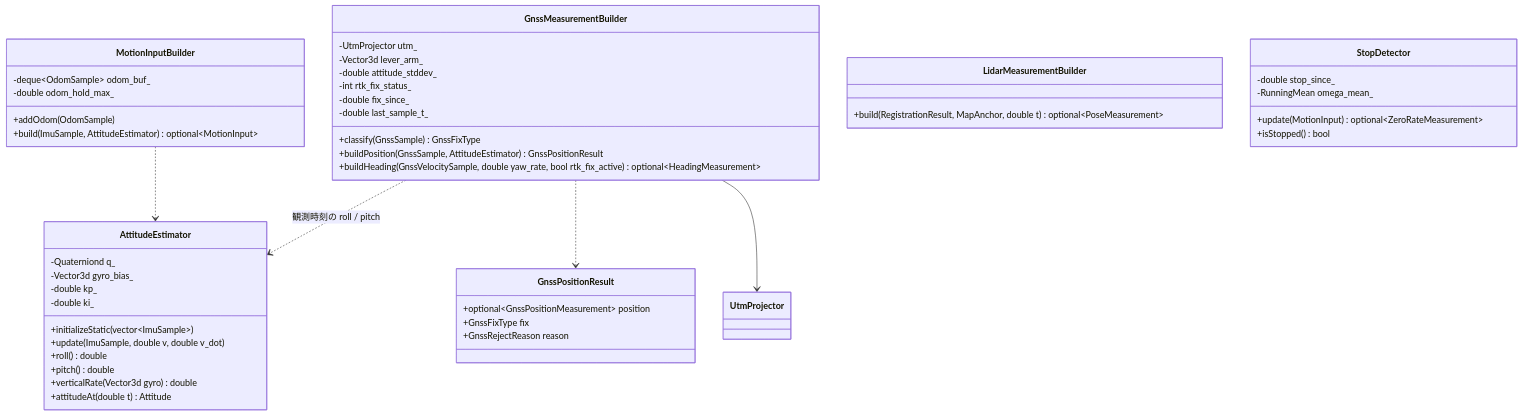
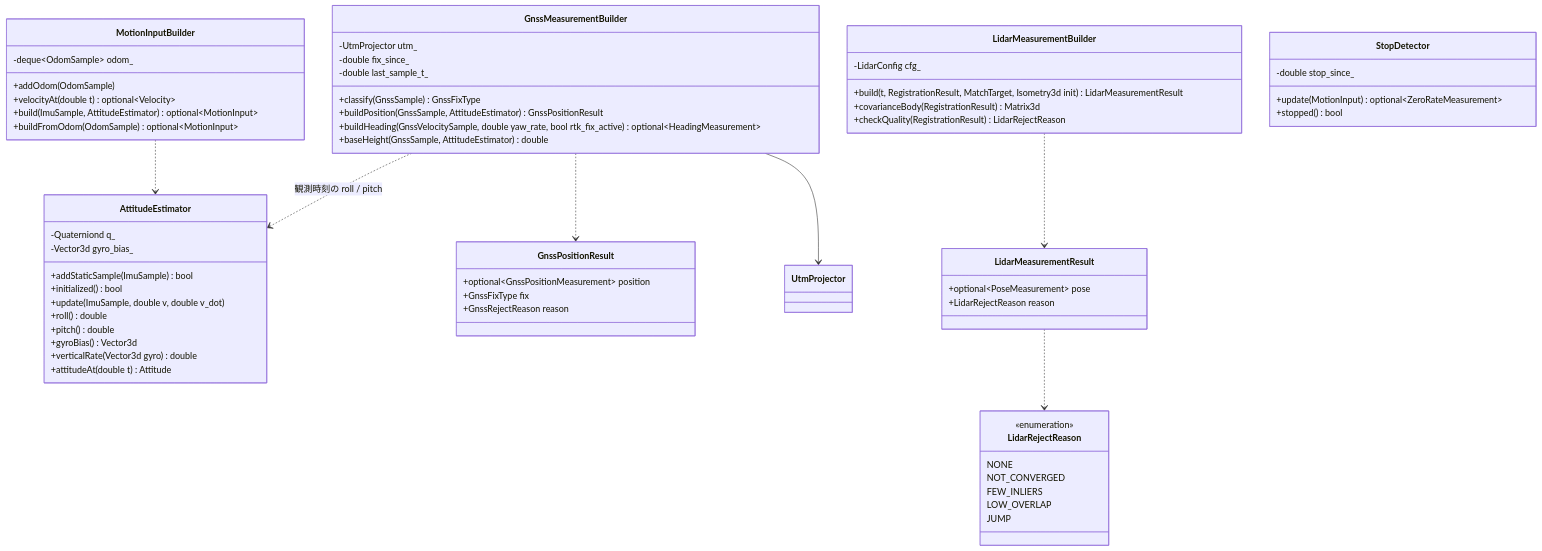
One commit to mamoru1126/gnss_and_lidar_localization changed the eighth of 15 diagrams in docs/architecture.md. Above: the diagram before and after it, drawn with Mermaid. The commit also changed other lines of this file and 12 other files, not shown here.

First line of the commit message:
feat: 地図上での初期化にタイムアウトを追加し、Phase 2 に合わせて文書を更新

````diff
--- a/docs/architecture.md
+++ b/docs/architecture.md
@@ -569,53 +681,68 @@
 ```mermaid
 classDiagram
 
   class AttitudeEstimator {
     -Quaterniond q_
     -Vector3d gyro_bias_
-    -double kp_
-    -double ki_
-    +initializeStatic(vector~ImuSample~)
+    +addStaticSample(ImuSample) bool
+    +initialized() bool
     +update(ImuSample, double v, double v_dot)
     +roll() double
     +pitch() double
+    +gyroBias() Vector3d
     +verticalRate(Vector3d gyro) double
     +attitudeAt(double t) Attitude
   }
   class MotionInputBuilder {
-    -deque~OdomSample~ odom_buf_
-    -double odom_hold_max_
+    -deque~OdomSample~ odom_
     +addOdom(OdomSample)
+    +velocityAt(double t) optional~Velocity~
     +build(ImuSample, AttitudeEstimator) optional~MotionInput~
+    +buildFromOdom(OdomSample) optional~MotionInput~
   }
   class GnssMeasurementBuilder {
     -UtmProjector utm_
-    -Vector3d lever_arm_
-    -double attitude_stddev_
-    -int rtk_fix_status_
     -double fix_since_
     -double last_sample_t_
     +classify(GnssSample) GnssFixType
     +buildPosition(GnssSample, AttitudeEstimator) GnssPositionResult
     +buildHeading(GnssVelocitySample, double yaw_rate, bool rtk_fix_active) optional~HeadingMeasurement~
+    +baseHeight(GnssSample, AttitudeEstimator) double
   }
   class GnssPositionResult {
     +optional~GnssPositionMeasurement~ position
     +GnssFixType fix
     +GnssRejectReason reason
   }
   class LidarMeasurementBuilder {
-    +build(RegistrationResult, MapAnchor, double t) optional~PoseMeasurement~
+    -LidarConfig cfg_
+    +build(t, RegistrationResult, MatchTarget, Isometry3d init) LidarMeasurementResult
+    +covarianceBody(RegistrationResult) Matrix3d
+    +checkQuality(RegistrationResult) LidarRejectReason
+  }
+  class LidarMeasurementResult {
+    +optional~PoseMeasurement~ pose
+    +LidarRejectReason reason
+  }
+  class LidarRejectReason {
+    <<enumeration>>
+    NONE
+    NOT_CONVERGED
+    FEW_INLIERS
+    LOW_OVERLAP
+    JUMP
   }
   class StopDetector {
     -double stop_since_
-    -RunningMean omega_mean_
     +update(MotionInput) optional~ZeroRateMeasurement~
-    +isStopped() bool
+    +stopped() bool
   }
   class UtmProjector
 
   GnssMeasurementBuilder --> UtmProjector
   GnssMeasurementBuilder ..> GnssPositionResult
   GnssMeasurementBuilder ..> AttitudeEstimator : 観測時刻の roll / pitch
   MotionInputBuilder ..> AttitudeEstimator
+  LidarMeasurementBuilder ..> LidarMeasurementResult
+  LidarMeasurementResult ..> LidarRejectReason
 ```
````
